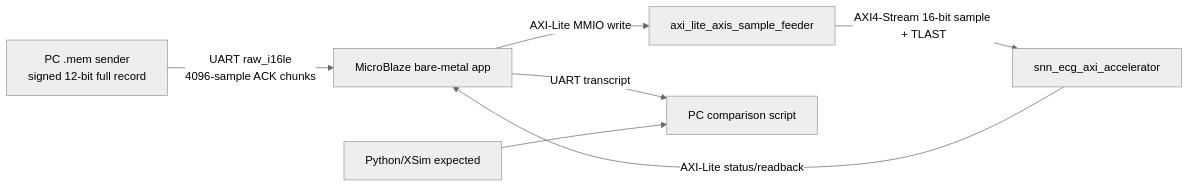
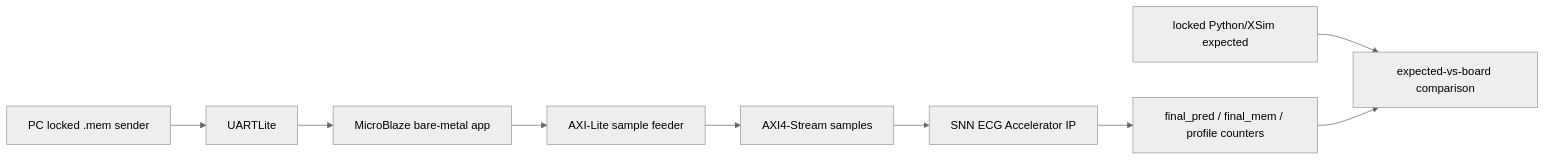
The diagram in docs/FULL_RECORD_BOARD_REPLAY_VITIS_KR.md (Sheep-gun/ECG-SoC-Integrated), drawn with Mermaid (neutral theme) before and after one commit. The commit also changed other lines of this file and 89 other files, not shown here.

Commit message:
Integrate locked final membrane through RTL and board flow

````diff
--- a/docs/FULL_RECORD_BOARD_REPLAY_VITIS_KR.md
+++ b/docs/FULL_RECORD_BOARD_REPLAY_VITIS_KR.md
@@ -9,9 +11,11 @@
 ```mermaid
 flowchart LR
-    A["PC .mem sender<br/>signed 12-bit full record"] -->|"UART raw_i16le<br/>4096-sample ACK chunks"| B["MicroBlaze bare-metal app"]
-    B -->|"AXI-Lite MMIO write"| C["axi_lite_axis_sample_feeder"]
-    C -->|"AXI4-Stream 16-bit sample + TLAST"| D["snn_ecg_axi_accelerator"]
-    D -->|"AXI-Lite status/readback"| B
-    B -->|"UART transcript"| E["PC comparison script"]
-    F["Python/XSim expected"] --> E
+    A["PC locked .mem sender"] --> B["UARTLite"]
+    B --> C["MicroBlaze bare-metal app"]
+    C --> D["AXI-Lite sample feeder"]
+    D --> E["AXI4-Stream samples"]
+    E --> F["SNN ECG Accelerator IP"]
+    F --> G["final_pred / final_mem / profile counters"]
+    H["locked Python/XSim expected"] --> I["expected-vs-board comparison"]
+    G --> I
 ```
````
